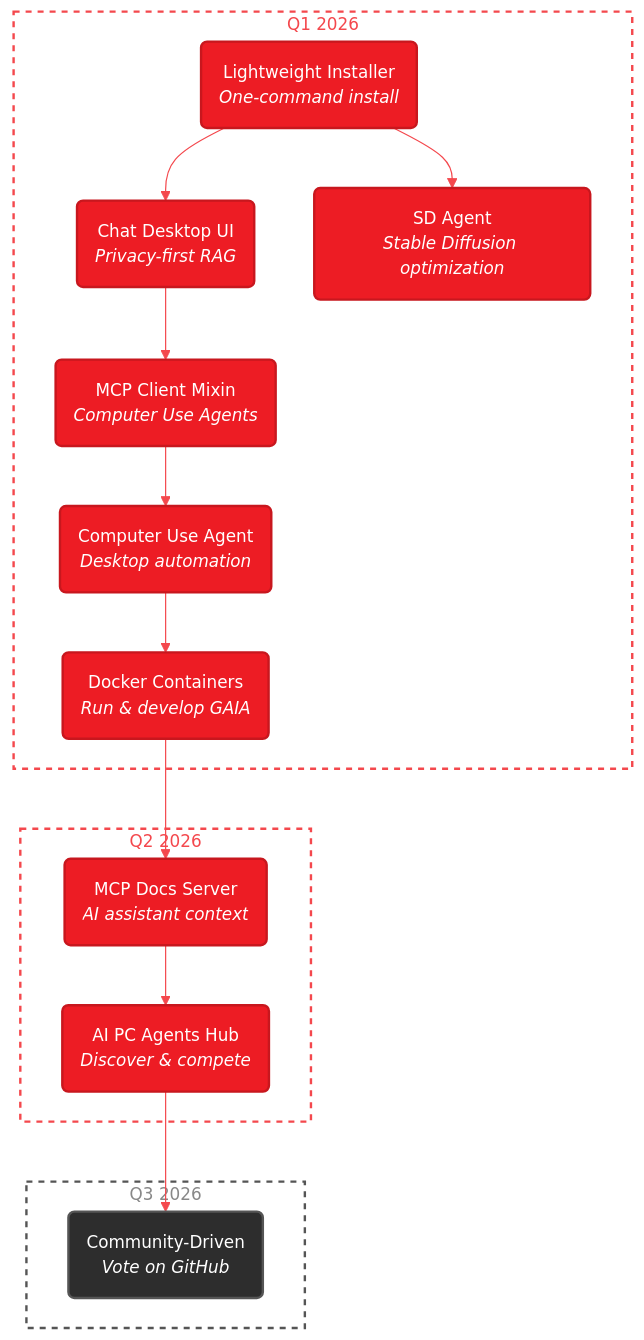
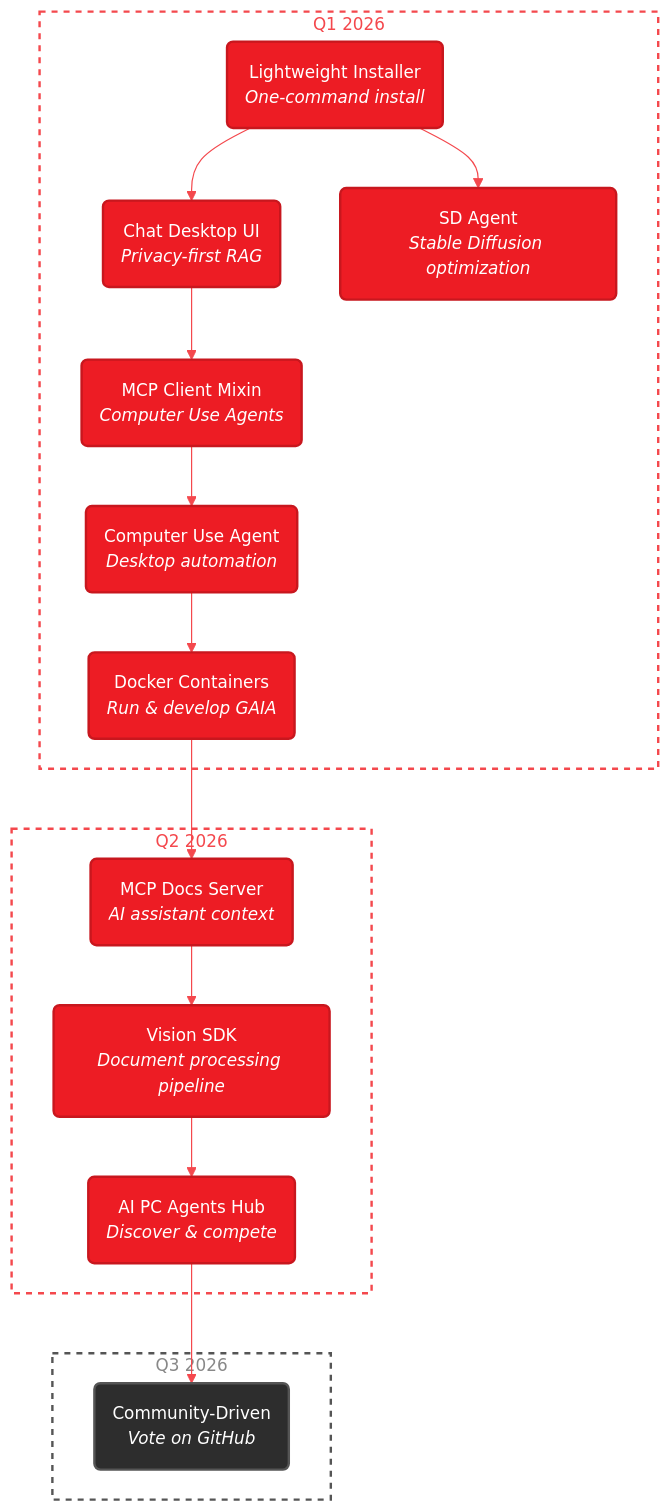
One commit to amd/gaia changed the diagram in docs/roadmap.mdx. Above: the diagram before and after it, drawn with Mermaid. The commit also changed other lines of this file and 2 other files, not shown here.

First line of the commit message:
Add Vision SDK to Q2 2026 roadmap

````diff
--- a/docs/roadmap.mdx
+++ b/docs/roadmap.mdx
@@ -28,44 +28,47 @@
 ```mermaid
 %%{init: {'theme':'base', 'themeVariables': { 'primaryColor':'#ED1C24', 'primaryTextColor':'#fff', 'primaryBorderColor':'#C8171E', 'lineColor':'#F4484D', 'secondaryColor':'#2d2d2d', 'tertiaryColor':'#f5f5f5', 'fontSize':'14px', 'fontFamily': 'system-ui, -apple-system, sans-serif'}}}%%
 graph TD
     subgraph Q1["Q1 2026"]
         A("Lightweight Installer<br/><i>One-command install</i>")
         B("Chat Desktop UI<br/><i>Privacy-first RAG</i>")
         C("MCP Client Mixin<br/><i>Computer Use Agents</i>")
         C2("Computer Use Agent<br/><i>Desktop automation</i>")
         D("Docker Containers<br/><i>Run & develop GAIA</i>")
         E("SD Agent<br/><i>Stable Diffusion optimization</i>")
     end
 
     subgraph Q2["Q2 2026"]
         F("MCP Docs Server<br/><i>AI assistant context</i>")
         G("AI PC Agents Hub<br/><i>Discover & compete</i>")
+        V("Vision SDK<br/><i>Document processing pipeline</i>")
     end
 
     subgraph Q3["Q3 2026"]
         H("Community-Driven<br/><i>Vote on GitHub</i>")
     end
 
     A --> B
     A --> E
     B --> C
     C --> C2
     C2 --> D
     D --> F
-    F --> G
+    F --> V
+    V --> G
     G --> H
 
     style A fill:#ED1C24,stroke:#C8171E,stroke-width:2px,color:#fff
     style B fill:#ED1C24,stroke:#C8171E,stroke-width:2px,color:#fff
     style C fill:#ED1C24,stroke:#C8171E,stroke-width:2px,color:#fff
     style C2 fill:#ED1C24,stroke:#C8171E,stroke-width:2px,color:#fff
     style D fill:#ED1C24,stroke:#C8171E,stroke-width:2px,color:#fff
     style E fill:#ED1C24,stroke:#C8171E,stroke-width:2px,color:#fff
+    style V fill:#ED1C24,stroke:#C8171E,stroke-width:2px,color:#fff
     style F fill:#ED1C24,stroke:#C8171E,stroke-width:2px,color:#fff
     style G fill:#ED1C24,stroke:#C8171E,stroke-width:2px,color:#fff
     style H fill:#2d2d2d,stroke:#555,stroke-width:2px,color:#fff
 
     style Q1 fill:transparent,stroke:#F4484D,stroke-width:2px,stroke-dasharray: 5 5,color:#F4484D
     style Q2 fill:transparent,stroke:#F4484D,stroke-width:2px,stroke-dasharray: 5 5,color:#F4484D
     style Q3 fill:transparent,stroke:#555,stroke-width:2px,stroke-dasharray: 5 5,color:#888
 ```
````
